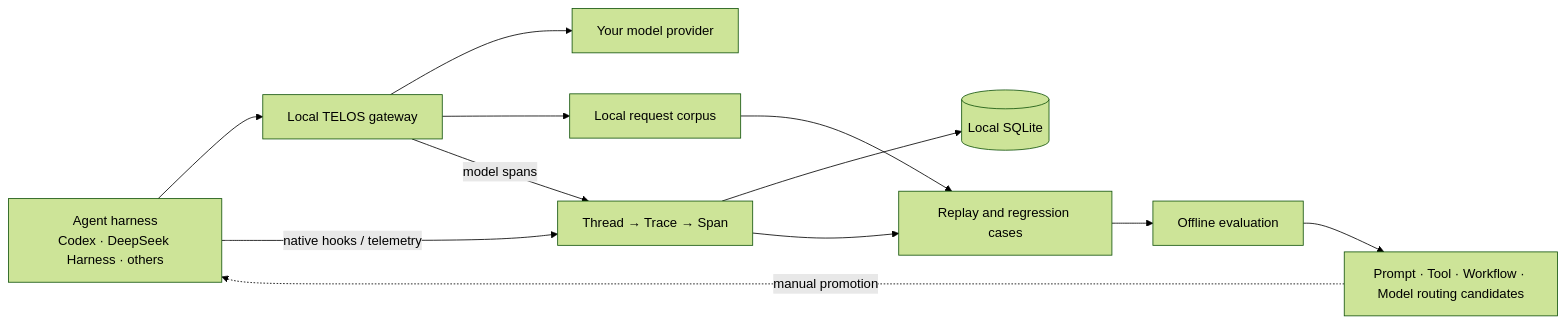
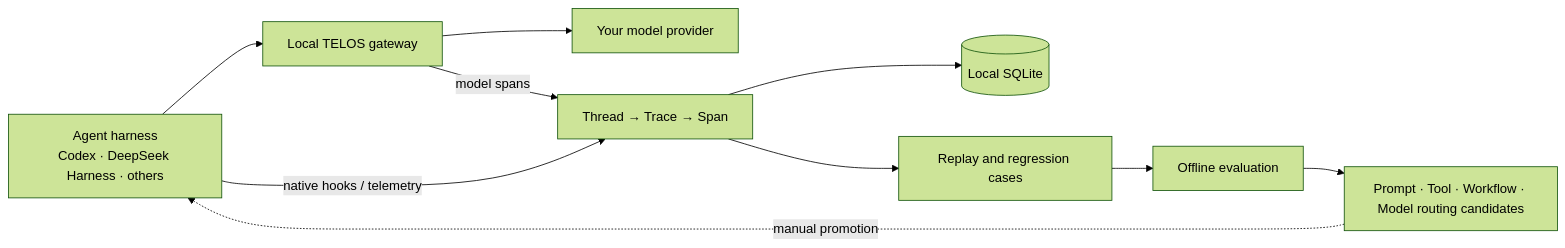
The diagram in README.md (eryflow/telos-sdk), drawn with Mermaid (forest theme) before and after one commit. The commit also changed other lines of this file and 19 other files, not shown here.

````diff
--- a/README.md
+++ b/README.md
@@ -43,14 +43,12 @@
 ```mermaid
 flowchart LR
     H["Agent harness<br/>Codex · DeepSeek Harness · others"] --> G["Local TELOS gateway"]
     G --> M["Your model provider"]
-    G --> C["Local request corpus"]
     H -->|"native hooks / telemetry"| T["Thread → Trace → Span"]
     G -->|"model spans"| T
     T --> D[("Local SQLite")]
-    C --> R["Replay and regression cases"]
-    T --> R
+    T --> R["Replay and regression cases"]
     R --> E["Offline evaluation"]
     E --> O["Prompt · Tool · Workflow · Model routing candidates"]
     O -. "manual promotion" .-> H
 ```
````
